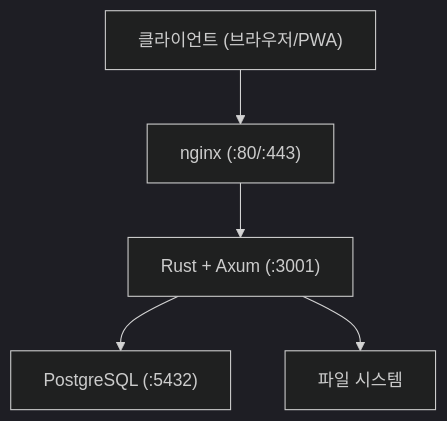
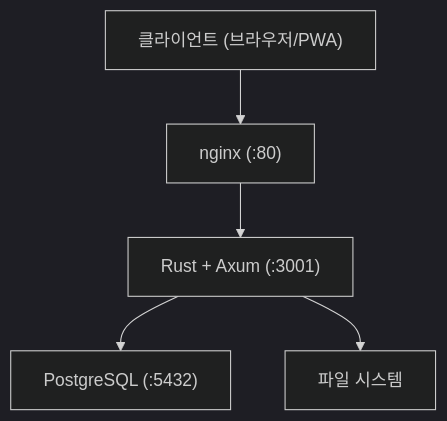
The diagram in README.ko.md (oudeis01/myLibrary), drawn with Mermaid (dark theme) before and after one commit. The commit also changed other lines of this file and 1 other file, not shown here.

````diff
--- a/README.ko.md
+++ b/README.ko.md
@@ -23,13 +95,13 @@
 ```mermaid
 graph TB
     Client["클라이언트 (브라우저/PWA)"]
-    Proxy["nginx (:80/:443)"]
+    Proxy["nginx (:80)"]
     Backend["Rust + Axum (:3001)"]
     DB["PostgreSQL (:5432)"]
     FS["파일 시스템"]
 
     Client --> Proxy
     Proxy --> Backend
     Backend --> DB
     Backend --> FS
 ```
````
